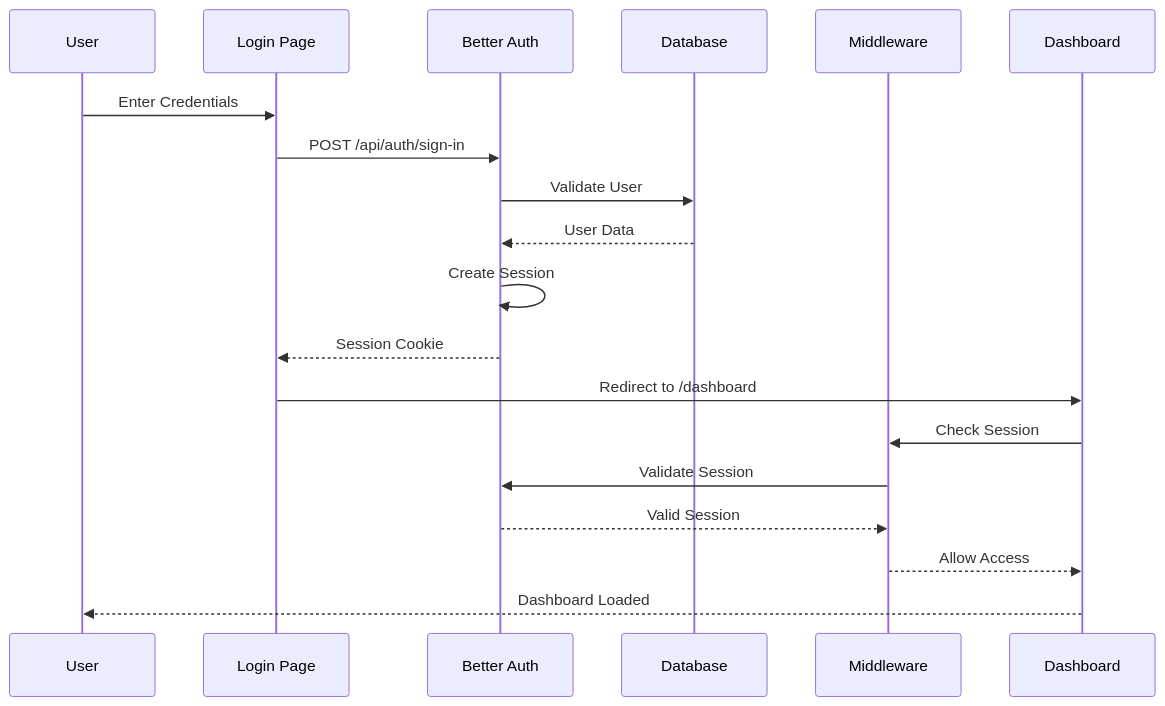
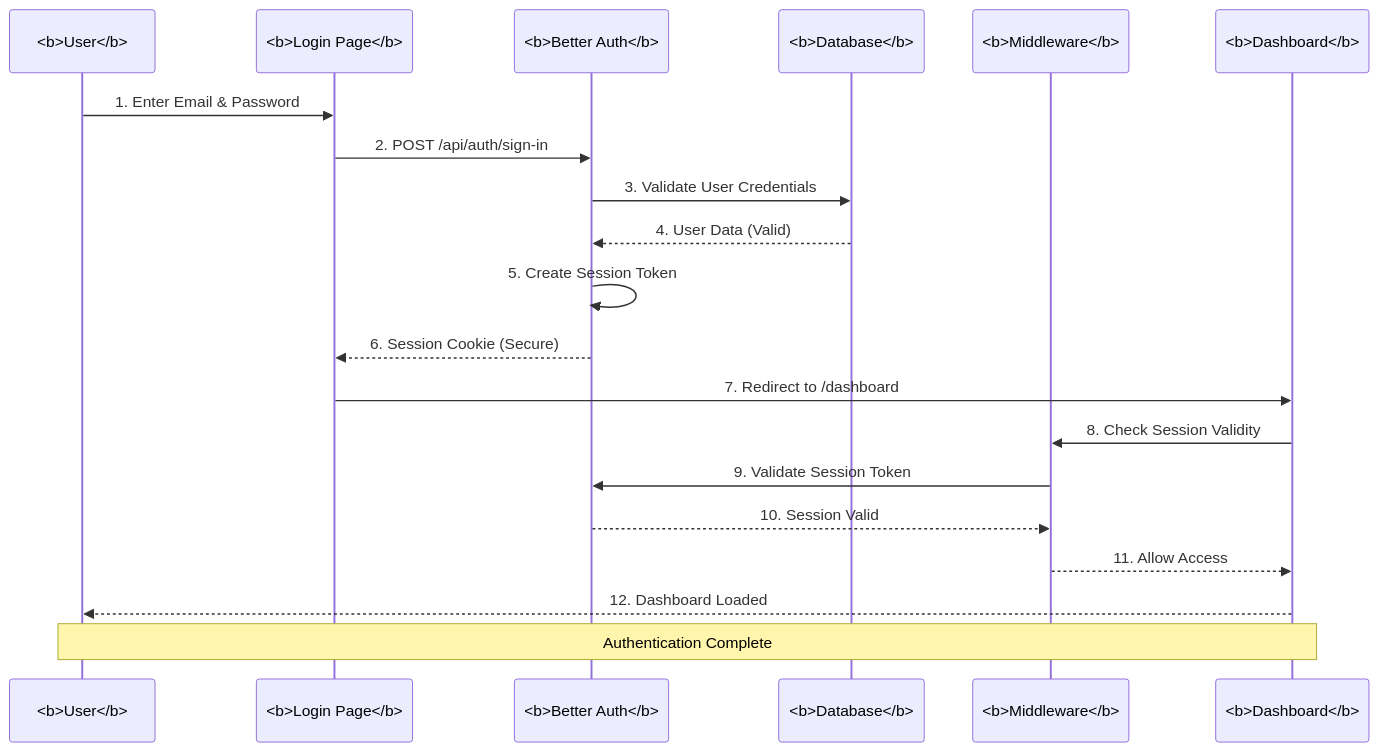
One commit to Nnadivictory25/farm-assist changed the fourth of 6 diagrams in docs/docs.md. Above: the diagram before and after it, drawn with Mermaid. The commit also changed other lines of this file and 1 other file, not shown here.

````diff
--- a/docs/docs.md
+++ b/docs/docs.md
@@ -326,22 +321,24 @@
 ```mermaid
 sequenceDiagram
-    participant U as User
-    participant L as Login Page
-    participant A as Better Auth
-    participant DB as Database
-    participant M as Middleware
-    participant D as Dashboard
+    participant U as <b>User</b>
+    participant L as <b>Login Page</b>
+    participant A as <b>Better Auth</b>
+    participant DB as <b>Database</b>
+    participant M as <b>Middleware</b>
+    participant D as <b>Dashboard</b>
 
-    U->>L: Enter Credentials
-    L->>A: POST /api/auth/sign-in
-    A->>DB: Validate User
-    DB-->>A: User Data
-    A->>A: Create Session
-    A-->>L: Session Cookie
-    L->>D: Redirect to /dashboard
-    D->>M: Check Session
-    M->>A: Validate Session
-    A-->>M: Valid Session
-    M-->>D: Allow Access
-    D-->>U: Dashboard Loaded
+    U->>L: 1. Enter Email & Password
+    L->>A: 2. POST /api/auth/sign-in
+    A->>DB: 3. Validate User Credentials
+    DB-->>A: 4. User Data (Valid)
+    A->>A: 5. Create Session Token
+    A-->>L: 6. Session Cookie (Secure)
+    L->>D: 7. Redirect to /dashboard
+    D->>M: 8. Check Session Validity
+    M->>A: 9. Validate Session Token
+    A-->>M: 10. Session Valid
+    M-->>D: 11. Allow Access
+    D-->>U: 12. Dashboard Loaded
+
+    Note over U,D: Authentication Complete
 ```
````
